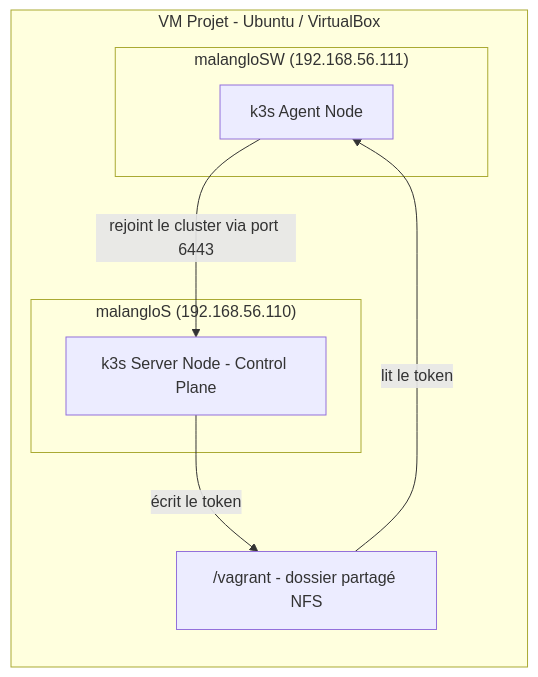
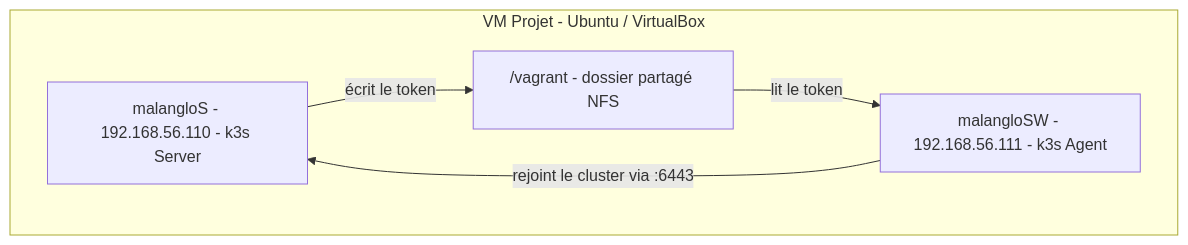
The diagram in p1/README.md (mlanglois26/42_inception_of_things), drawn with Mermaid before and after one commit. The commit also changed other lines of this file, not shown here.

First line of the commit message:
docs(p1): fix mermaid diagram, rename worker to agent, add NFS explanation

````diff
--- a/p1/README.md
+++ b/p1/README.md
@@ -23,15 +23,11 @@
 ```mermaid
-graph LR
+graph TD
     subgraph vmProjet [VM Projet - Ubuntu / VirtualBox]
-        subgraph vmServer ["malangloS (192.168.56.110)"]
-            serverNode["k3s Server Node - Control Plane"]
-        end
-        subgraph vmWorker ["malangloSW (192.168.56.111)"]
-            agentNode["k3s Agent Node"]
-        end
-        sharedFolder["/vagrant - dossier partagé NFS"]
+        server["malangloS - 192.168.56.110 - k3s Server"]
+        agent["malangloSW - 192.168.56.111 - k3s Agent"]
+        nfs["/vagrant - dossier partagé NFS"]
     end
-    serverNode -->|"écrit le token"| sharedFolder
-    sharedFolder -->|"lit le token"| agentNode
-    agentNode -->|"rejoint le cluster via port 6443"| serverNode
+    server -- "écrit le token" --> nfs
+    nfs -- "lit le token" --> agent
+    agent -- "rejoint le cluster via :6443" --> server
 ```
````
